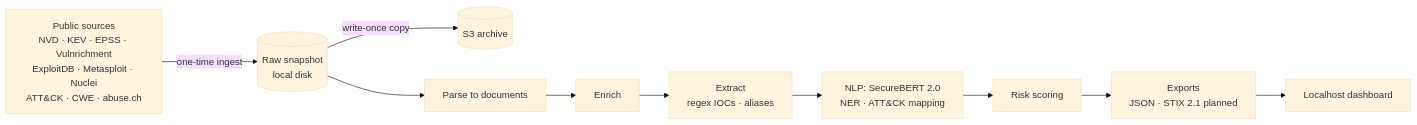
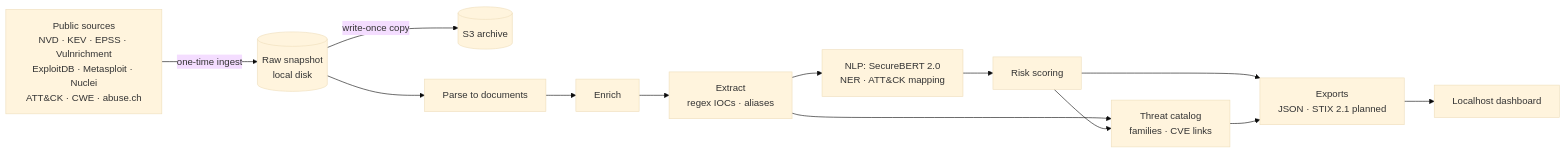
Before and after one commit to arinvandrapu/Cyber-Threat-Intelligence-System: the diagram in README.md, drawn with Mermaid (base theme). The commit also changed other lines of this file and 20 other files, not shown here.

````diff
--- a/README.md
+++ b/README.md
@@ -41,12 +47,15 @@
 ```mermaid
 flowchart LR
     A[Public sources<br/>NVD · KEV · EPSS · Vulnrichment<br/>ExploitDB · Metasploit · Nuclei<br/>ATT&CK · CWE · abuse.ch] -->|one-time ingest| B[(Raw snapshot<br/>local disk)]
     B -->|write-once copy| S[(S3 archive)]
     B --> C[Parse to documents]
     C --> D[Enrich]
     D --> X[Extract<br/>regex IOCs · aliases]
     X --> E[NLP: SecureBERT 2.0<br/>NER · ATT&CK mapping]
     E --> F[Risk scoring]
+    X --> T[Threat catalog<br/>families · CVE links]
+    F --> T
     F --> G[Exports<br/>JSON · STIX 2.1 planned]
+    T --> G
     G --> H[Localhost dashboard]
 ```
````
